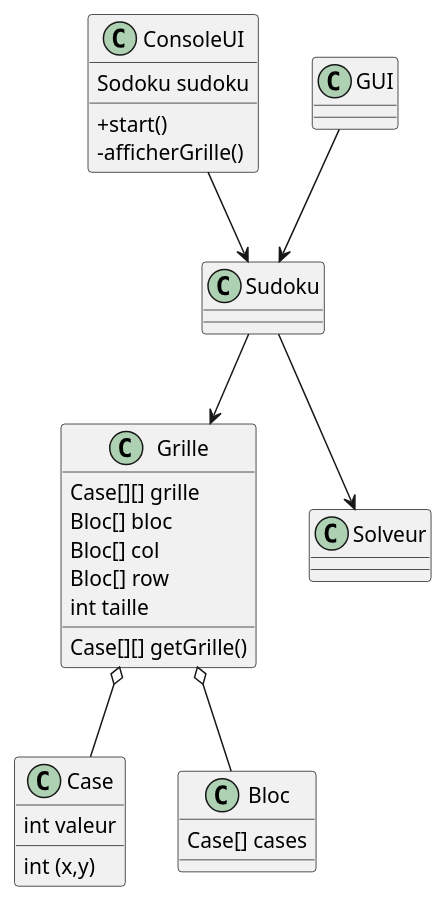
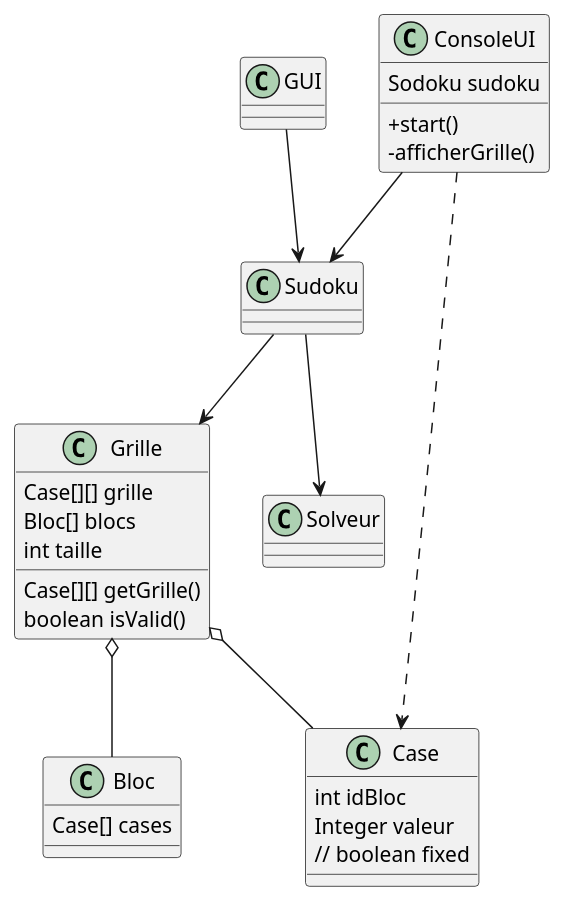
One commit to R0-M1/Sudoku changed the diagram in doc/ClassDiagram.puml. Above: the diagram before and after it, drawn with PlantUML. The commit also changed 9 other files, not shown here.

```diff
--- a/doc/ClassDiagram.puml
+++ b/doc/ClassDiagram.puml
@@ -1,55 +1,55 @@
 @startuml
 'https://plantuml.com/class-diagram
 skinparam classAttributeIconSize 0
 
 class ConsoleUI {
 Sodoku sudoku
 
 
 +start()
 -afficherGrille()
 }
 
 class GUI {
 
 }
 
 GUI --> Sudoku
 ConsoleUI --> Sudoku
+ConsoleUI ..> Case
 
 Class Sudoku {
 
 }
 
 Sudoku --> Grille
 Sudoku --> Solveur
 
 class Solveur {
 
 }
 
 class Grille {
 Case[][] grille
-Bloc[] bloc
-Bloc[] col
-Bloc[] row
+Bloc[] blocs
 int taille
 
 Case[][] getGrille()
-
+boolean isValid()
 }
 
 Grille o-- Case
 Grille o-- Bloc
 
 class Bloc {
 Case[] cases
 }
 
 
 class Case {
-int (x,y)
-int valeur
+int idBloc
+Integer valeur
+// boolean fixed
 }
 
 @enduml
```
